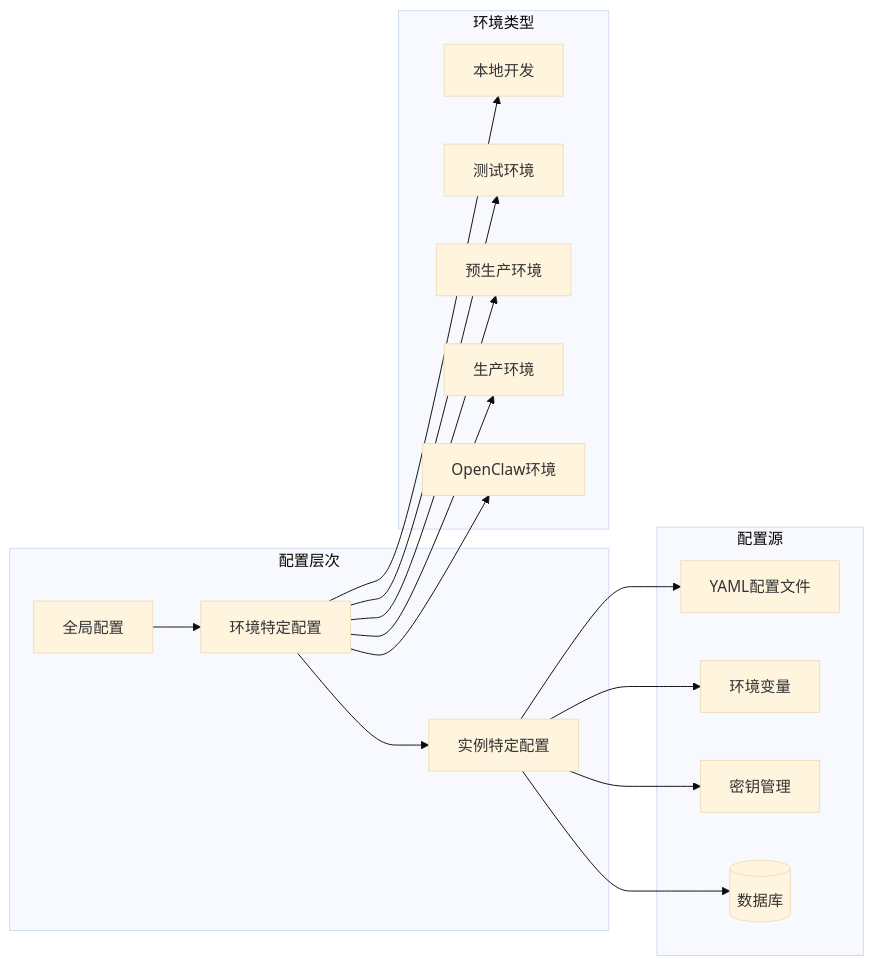
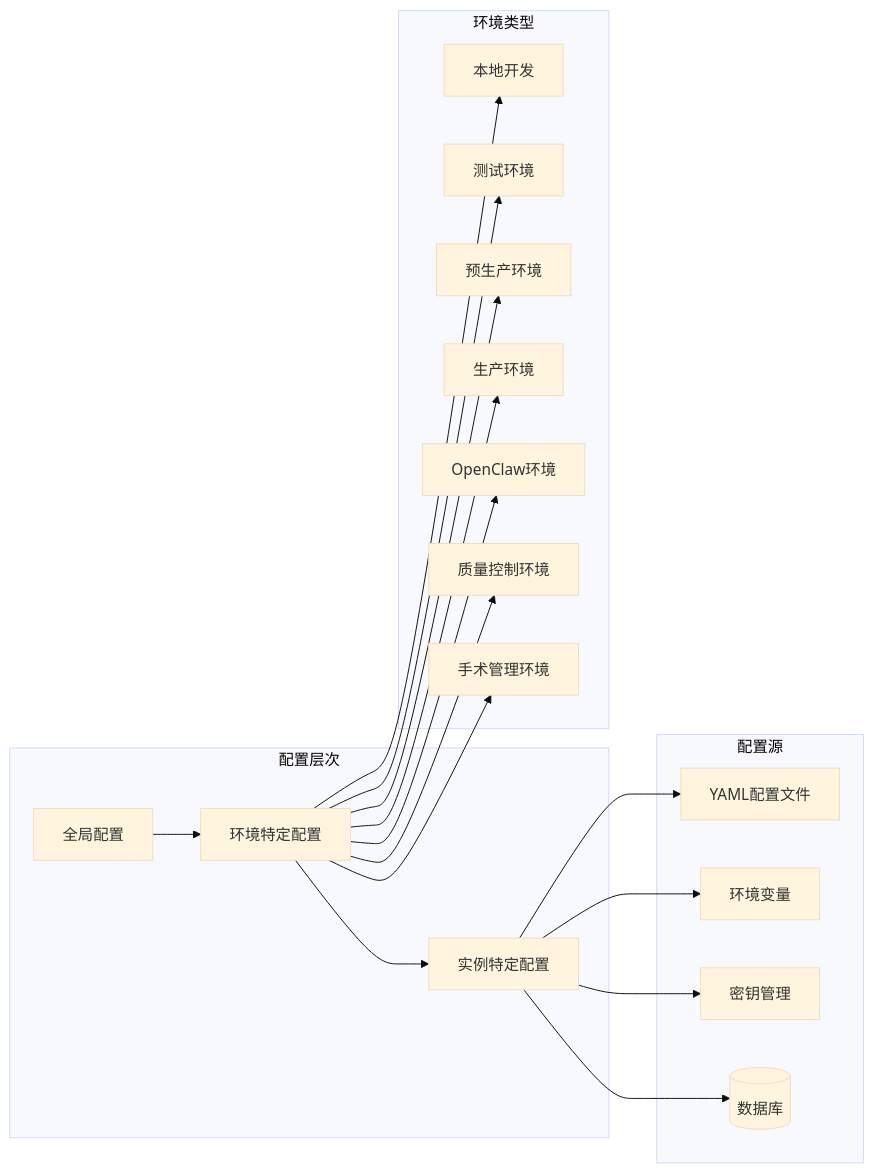
The fifth of 17 diagrams in .qoder/repowiki/zh/content/Update Summary/Update Summary.md (liuzh2008/med_ai_assistant_workspace), drawn with Mermaid (base theme) before and after one commit. The commit also changed other lines of this file and 6 other files, not shown here.

````diff
--- a/.qoder/repowiki/zh/content/Update Summary/Update Summary.md
+++ b/.qoder/repowiki/zh/content/Update Summary/Update Summary.md
@@ -256,32 +332,36 @@
 ```mermaid
 graph LR
 subgraph "配置层次"
 Global[全局配置]
 Environment[环境特定配置]
 Instance[实例特定配置]
 end
 subgraph "环境类型"
 Local[本地开发]
 Test[测试环境]
 Stage[预生产环境]
 Prod[生产环境]
 OpenClaw[OpenClaw环境]
+QC[质量控制环境]
+Surgery[手术管理环境]
 end
 subgraph "配置源"
 YAML[YAML配置文件]
 ENV[环境变量]
 Secret[密钥管理]
 DB[(数据库)]
 end
 Global --> Environment
 Environment --> Instance
 Environment --> Local
 Environment --> Test
 Environment --> Stage
 Environment --> Prod
 Environment --> OpenClaw
+Environment --> QC
+Environment --> Surgery
 Instance --> YAML
 Instance --> ENV
 Instance --> Secret
 Instance --> DB
 ```
````
